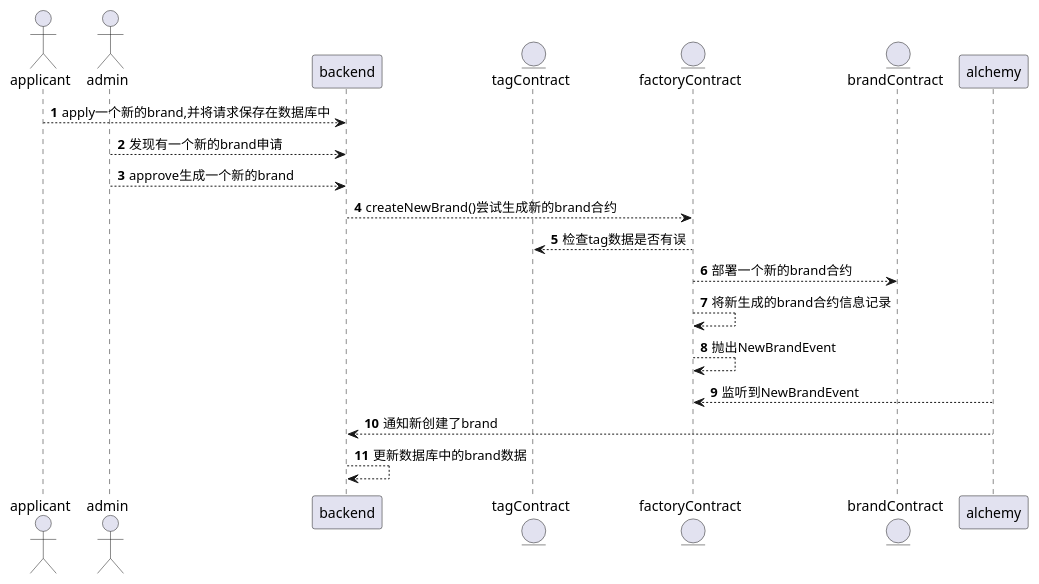
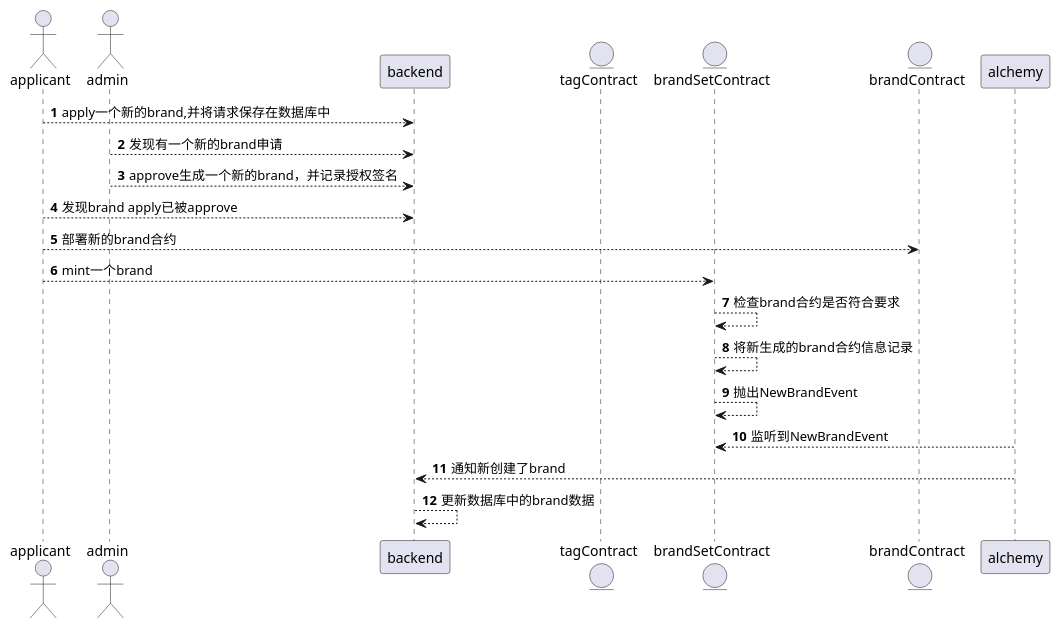
One commit to Taggie3/contract changed the diagram in docs/新增Brand时序图.puml. Above: the diagram before and after it, drawn with PlantUML. The commit also changed 12 other files, not shown here.

```diff
--- a/docs/新增Brand时序图.puml
+++ b/docs/新增Brand时序图.puml
@@ -1,26 +1,27 @@
 @startuml
 'https://plantuml.com/sequence-diagram
 
 autonumber
 
 actor applicant as applicant
 actor admin as admin
 participant backend as backend
 entity tagContract as tagContract
-entity factoryContract as factoryContract
+entity brandSetContract as brandSetContract
 entity brandContract as brandContract
 participant alchemy as alchemy
 
 applicant --> backend: apply一个新的brand,并将请求保存在数据库中
 admin --> backend: 发现有一个新的brand申请
-admin --> backend: approve生成一个新的brand
-backend --> factoryContract: createNewBrand()尝试生成新的brand合约
-factoryContract --> tagContract: 检查tag数据是否有误
-factoryContract --> brandContract: 部署一个新的brand合约
-factoryContract --> factoryContract: 将新生成的brand合约信息记录
-factoryContract --> factoryContract: 抛出NewBrandEvent
-alchemy --> factoryContract:监听到NewBrandEvent
+admin --> backend: approve生成一个新的brand，并记录授权签名
+applicant --> backend: 发现brand apply已被approve
+applicant --> brandContract: 部署新的brand合约
+applicant --> brandSetContract: mint一个brand
+brandSetContract --> brandSetContract: 检查brand合约是否符合要求
+brandSetContract --> brandSetContract: 将新生成的brand合约信息记录
+brandSetContract --> brandSetContract: 抛出NewBrandEvent
+alchemy --> brandSetContract:监听到NewBrandEvent
 alchemy --> backend: 通知新创建了brand
 backend --> backend: 更新数据库中的brand数据
 
 @enduml
```
